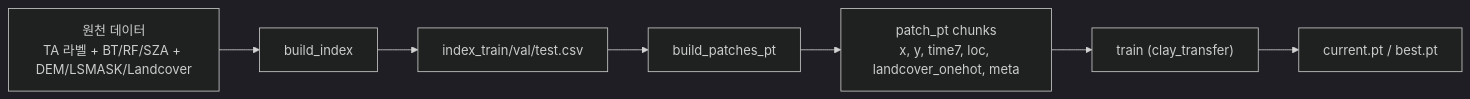
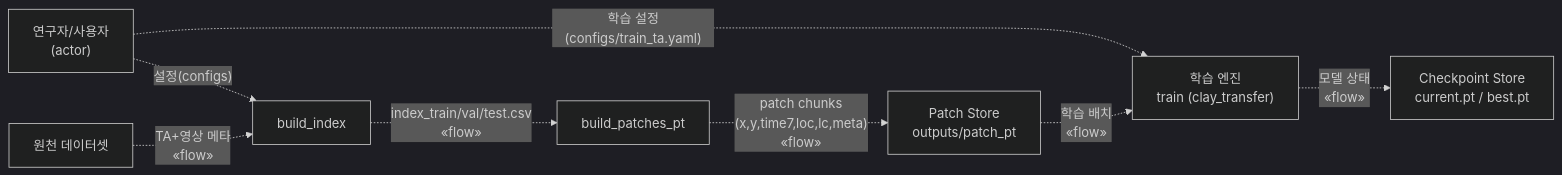
Before and after one commit to swany00/TA2026: the first of 3 diagrams in README.md, drawn with Mermaid (dark theme).

Commit message:
docs: Add data introduction and Q&A section to README

````diff
--- a/README.md
+++ b/README.md
@@ -35,9 +35,18 @@
 ```mermaid
 flowchart LR
-  A["원천 데이터<br/>TA 라벨 + BT/RF/SZA + DEM/LSMASK/Landcover"] --> B["build_index"]
-  B --> C["index_train/val/test.csv"]
-  C --> D["build_patches_pt"]
-  D --> E["patch_pt chunks<br/>x, y, time7, loc, landcover_onehot, meta"]
-  E --> F["train (clay_transfer)"]
-  F --> G["current.pt / best.pt"]
+  User["연구자/사용자<br/>(actor)"]
+  Raw["원천 데이터셋"]
+  Index["build_index"]
+  Patch["build_patches_pt"]
+  PT["Patch Store<br/>outputs/patch_pt"]
+  Train["학습 엔진<br/>train (clay_transfer)"]
+  Ckpt["Checkpoint Store<br/>current.pt / best.pt"]
+
+  User -. "설정(configs)" .-> Index
+  Raw -. "TA+영상 메타<br/>&laquo;flow&raquo;" .-> Index
+  Index -. "index_train/val/test.csv<br/>&laquo;flow&raquo;" .-> Patch
+  Patch -. "patch chunks<br/>(x,y,time7,loc,lc,meta)<br/>&laquo;flow&raquo;" .-> PT
+  User -. "학습 설정(configs/train_ta.yaml)" .-> Train
+  PT -. "학습 배치<br/>&laquo;flow&raquo;" .-> Train
+  Train -. "모델 상태<br/>&laquo;flow&raquo;" .-> Ckpt
 ```
````
